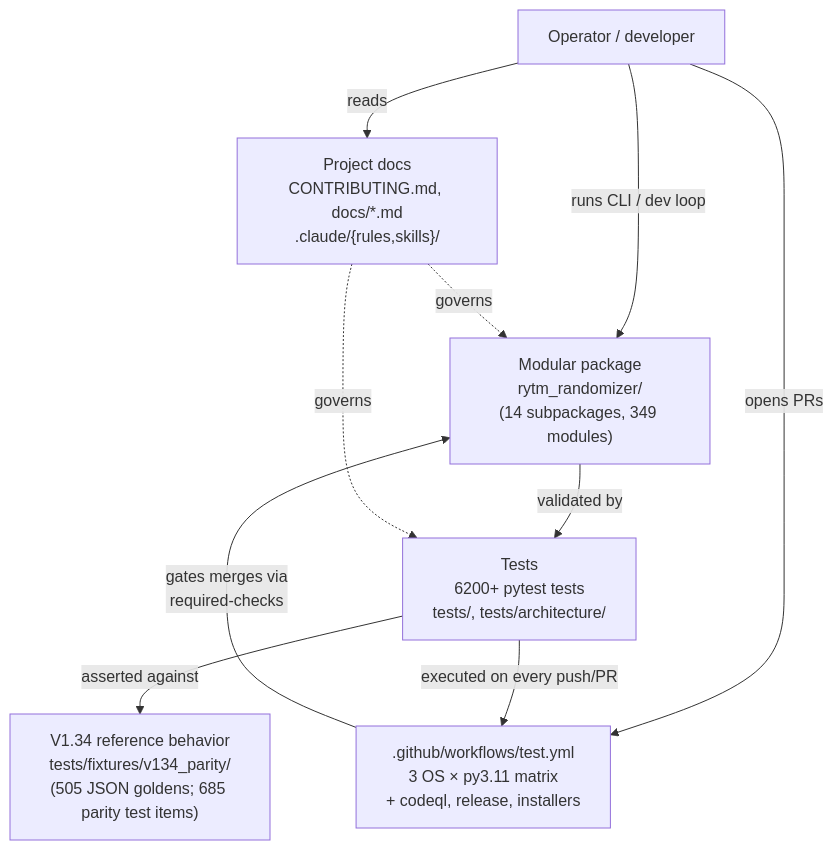
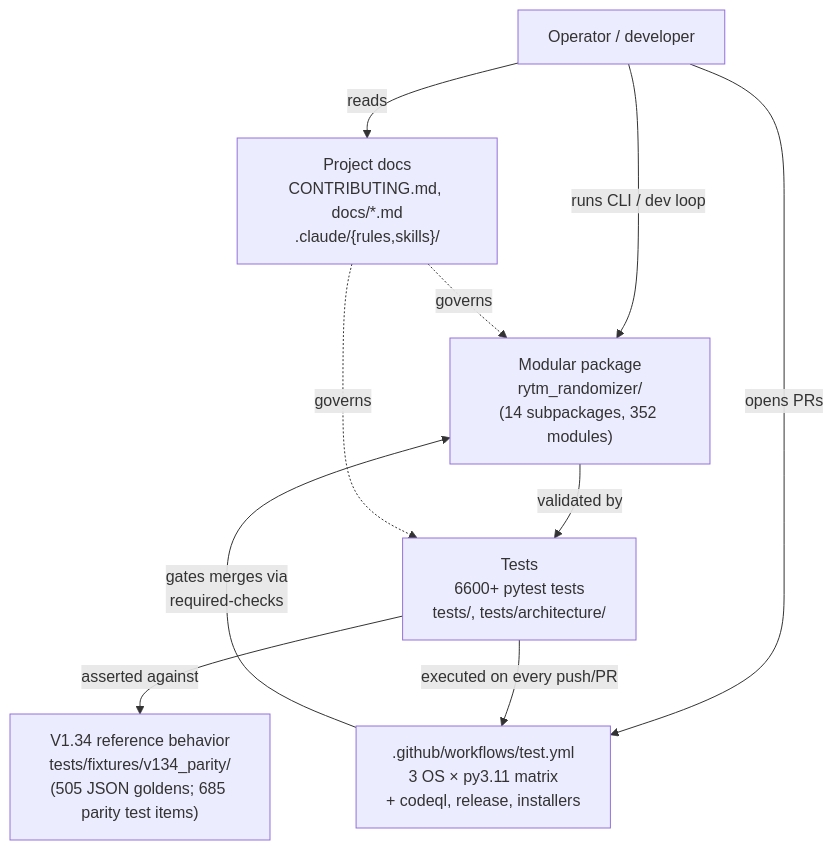
One commit to buzzijose-hub/RytmRandomizer changed the first of 34 diagrams in docs/ARCHITECTURE_DIAGRAMS.md. Above: the diagram before and after it, drawn with Mermaid. The commit also changed other lines of this file and 107 other files, not shown here.

````diff
--- a/docs/ARCHITECTURE_DIAGRAMS.md
+++ b/docs/ARCHITECTURE_DIAGRAMS.md
@@ -50,22 +50,22 @@
 ```mermaid
 flowchart TB
     User["Operator / developer"]
     V134["V1.34 reference behavior<br/>tests/fixtures/v134_parity/<br/>(505 JSON goldens; 685 parity test items)"]
-    Package["Modular package<br/>rytm_randomizer/<br/>(14 subpackages, 349 modules)"]
-    Tests["Tests<br/>6200+ pytest tests<br/>tests/, tests/architecture/"]
+    Package["Modular package<br/>rytm_randomizer/<br/>(14 subpackages, 352 modules)"]
+    Tests["Tests<br/>6600+ pytest tests<br/>tests/, tests/architecture/"]
     CI[".github/workflows/test.yml<br/>3 OS × py3.11 matrix<br/>+ codeql, release, installers"]
     Docs["Project docs<br/>CONTRIBUTING.md, docs/*.md<br/>.claude/{rules,skills}/"]
 
     User -->|"runs CLI / dev loop"| Package
     User -->|"opens PRs"| CI
     User -->|"reads"| Docs
 
     Package -->|"validated by"| Tests
     Tests -->|"asserted against"| V134
     Tests -->|"executed on every push/PR"| CI
 
     CI -->|"gates merges via<br/>required-checks"| Package
 
     Docs -.->|"governs"| Package
     Docs -.->|"governs"| Tests
 ```
````
